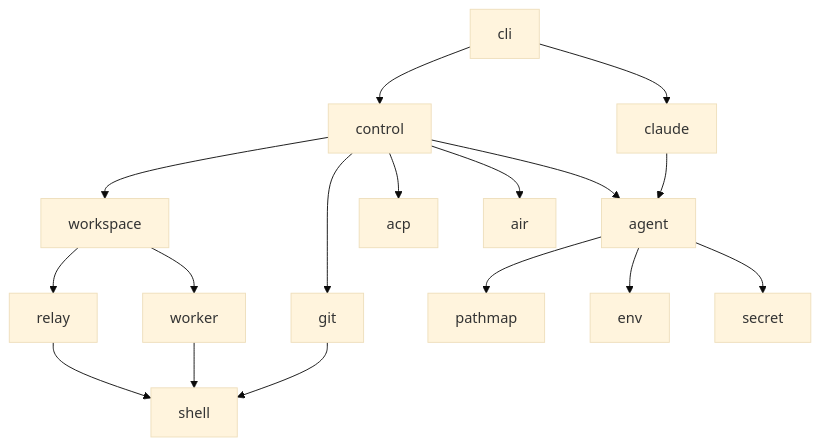
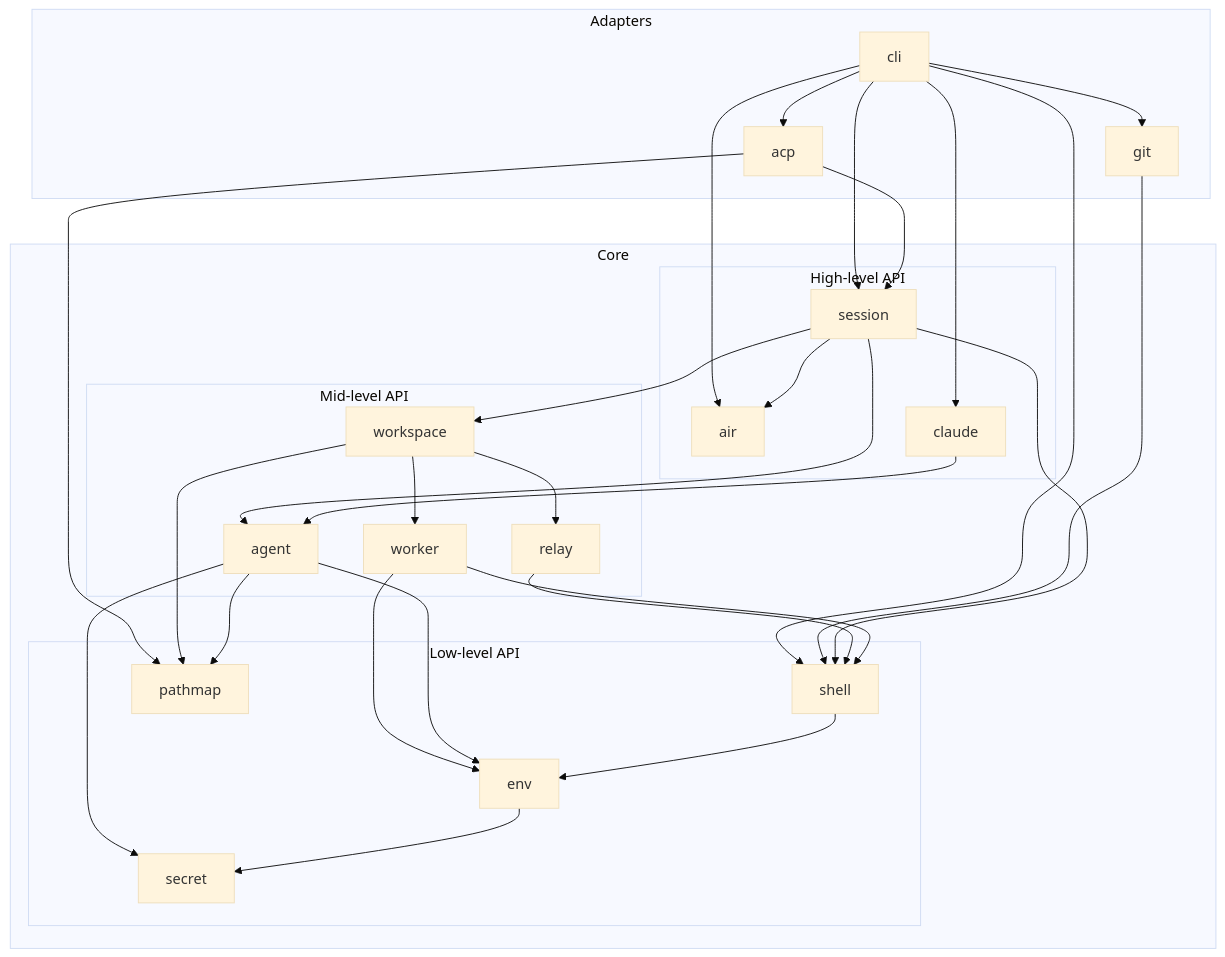
One commit to zerlok/hermod changed the sixth of 12 diagrams in docs/ARCHITECTURE.md. Above: the diagram before and after it, drawn with Mermaid (base theme). The commit also changed other lines of this file and 1 other file, not shown here.

First line of the commit message:
docs(architecture): describe each entity, leases, storage and package layers

````diff
--- a/docs/ARCHITECTURE.md
+++ b/docs/ARCHITECTURE.md
@@ -152,19 +259,52 @@
 ```mermaid
 flowchart TD
-    cli --> control
+    subgraph adapters["Adapters"]
+        cli
+        git
+        acp
+    end
+    subgraph core["Core"]
+        subgraph high["High-level API"]
+            session
+            air
+            claude
+        end
+        subgraph mid["Mid-level API"]
+            workspace
+            worker
+            relay
+            agent
+        end
+        subgraph low["Low-level API"]
+            shell
+            env
+            secret
+            pathmap
+        end
+    end
+    cli --> git
+    cli --> acp
+    cli --> session
+    cli --> air
     cli --> claude
-    control --> workspace
-    control --> agent
-    control --> acp
-    control --> air
-    control --> git
+    cli --> shell
+    git --> shell
+    acp --> session
+    acp --> pathmap
+    session --> workspace
+    session --> agent
+    session --> air
+    session --> shell
     claude --> agent
     workspace --> relay
     workspace --> worker
+    workspace --> pathmap
     relay --> shell
     worker --> shell
-    git --> shell
+    worker --> env
     agent --> pathmap
     agent --> env
     agent --> secret
+    shell --> env
+    env --> secret
 ```
````
